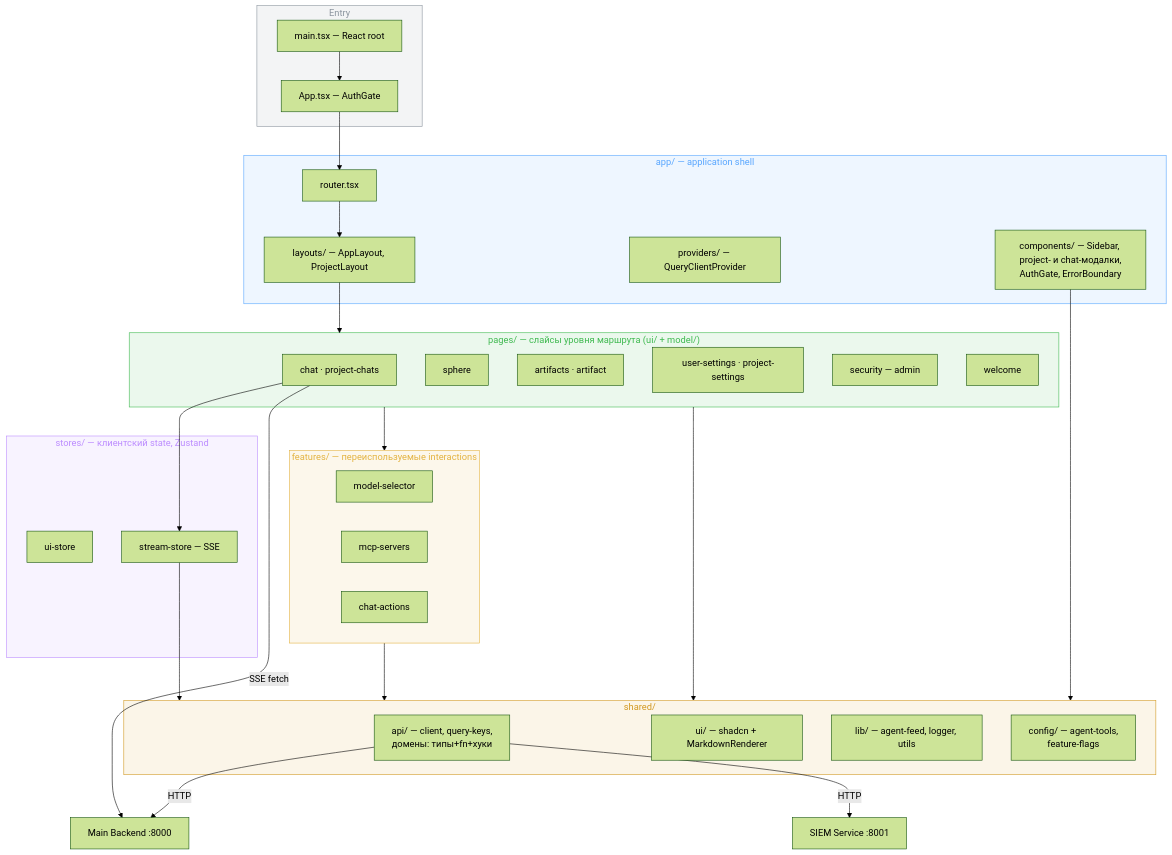
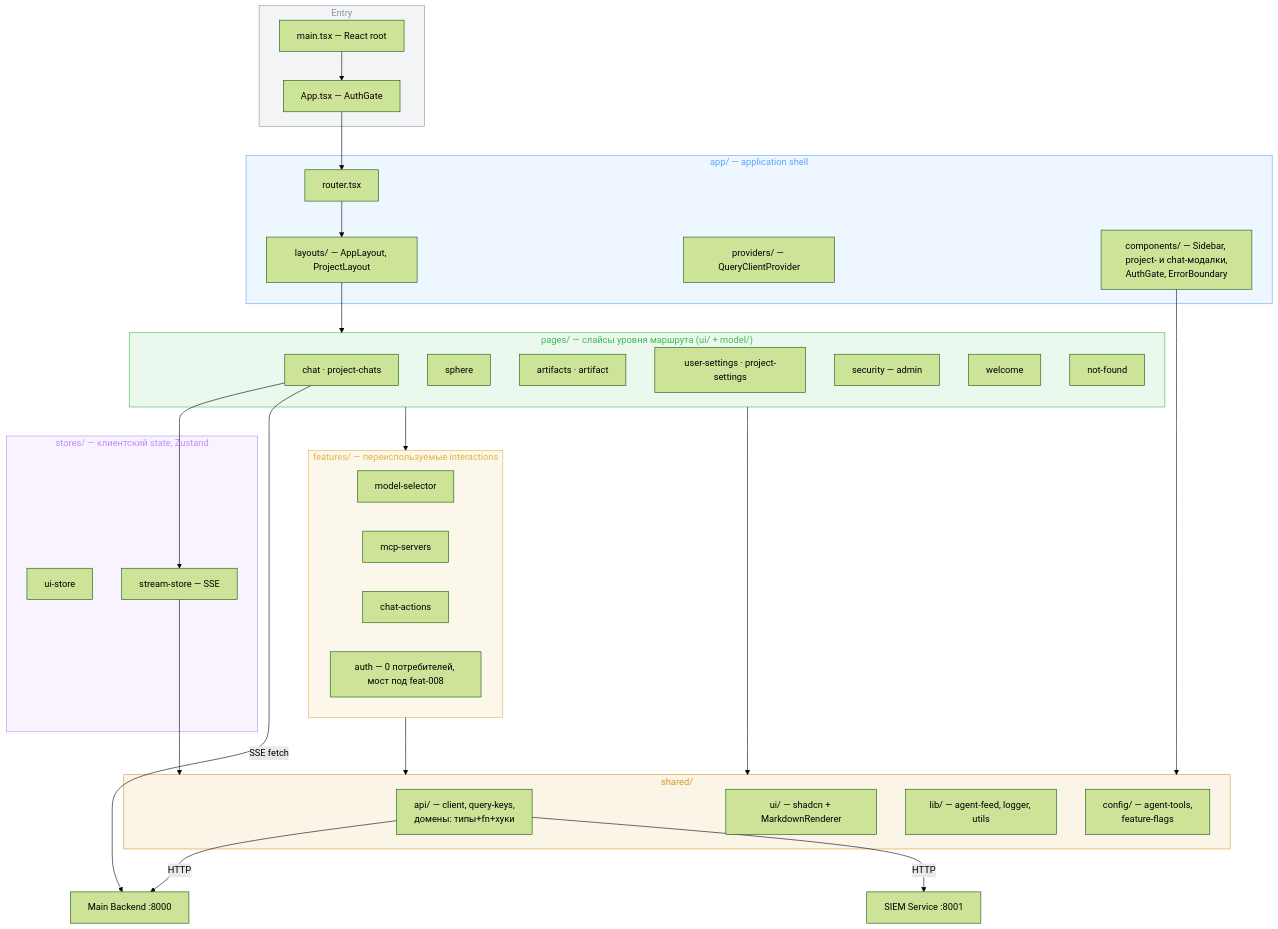
One commit to Bbar0n234/learnflow-ai changed the second of 2 diagrams in doc/tech/frontend.md. Above: the diagram before and after it, drawn with Mermaid (forest theme). The commit also changed other lines of this file and 4 other files, not shown here.

````diff
--- a/doc/tech/frontend.md
+++ b/doc/tech/frontend.md
@@ -347,65 +353,67 @@
 ```mermaid
 graph TD
     BE["Main Backend :8000"]
     SIEMS["SIEM Service :8001"]
 
     subgraph ENTRY["Entry"]
         MAINX["main.tsx — React root"]
         APPX["App.tsx — AuthGate"]
     end
 
     subgraph SHELL["app/ — application shell"]
         ROUTERX["router.tsx"]
         LAY["layouts/ — AppLayout, ProjectLayout"]
         PROVX["providers/ — QueryClientProvider"]
         ACOMP["components/ — Sidebar, project- и chat-модалки,<br>AuthGate, ErrorBoundary"]
     end
 
     subgraph PAGESL["pages/ — слайсы уровня маршрута (ui/ + model/)"]
         CHATP["chat · project-chats"]
         SPHP["sphere"]
         ARTP["artifacts · artifact"]
         SETP["user-settings · project-settings"]
         SECP["security — admin"]
         WELP["welcome"]
+        NFP["not-found"]
     end
 
     subgraph FEATSL["features/ — переиспользуемые interactions"]
         MSEL["model-selector"]
         MCPF["mcp-servers"]
         CHACT["chat-actions"]
+        AUTHF["auth — 0 потребителей, мост под feat-008"]
     end
 
     subgraph CLST["stores/ — клиентский state, Zustand"]
         UIST["ui-store"]
         STST["stream-store — SSE"]
     end
 
     subgraph SHRD["shared/"]
         APIX["api/ — client, query-keys,<br>домены: типы+fn+хуки"]
         UIX["ui/ — shadcn + MarkdownRenderer"]
         LIBX["lib/ — agent-feed, logger, utils"]
         CFGX["config/ — agent-tools,<br>feature-flags"]
     end
 
     MAINX --> APPX
     APPX --> ROUTERX
     ROUTERX --> LAY
     LAY --> PAGESL
     PAGESL --> FEATSL
     PAGESL --> SHRD
     FEATSL --> SHRD
     ACOMP --> SHRD
     CHATP --> STST
     STST --> SHRD
     APIX -->|HTTP| BE
     APIX -->|HTTP| SIEMS
     CHATP -->|"SSE fetch"| BE
 
     style ENTRY fill:#8b949e1a,stroke:#8b949e,color:#8b949e
     style SHELL fill:#58a6ff1a,stroke:#58a6ff,color:#58a6ff
     style PAGESL fill:#3fb9501a,stroke:#3fb950,color:#3fb950
     style FEATSL fill:#e3b3411a,stroke:#e3b341,color:#e3b341
     style CLST fill:#bc8cff1a,stroke:#bc8cff,color:#bc8cff
     style SHRD fill:#d299221a,stroke:#d29922,color:#d29922
 ```
````
